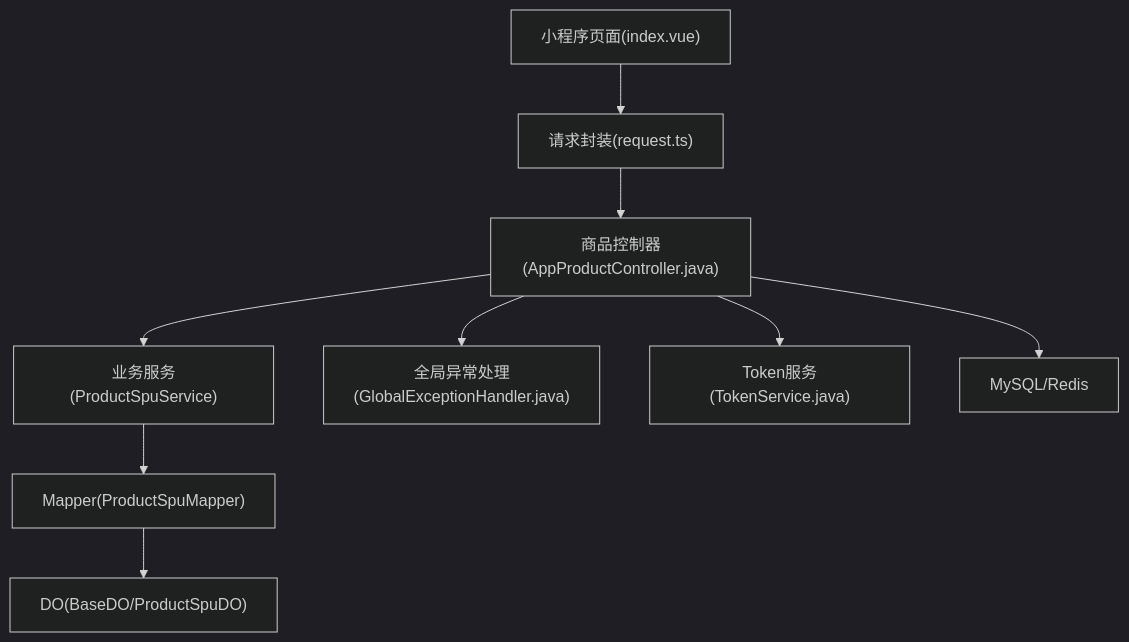
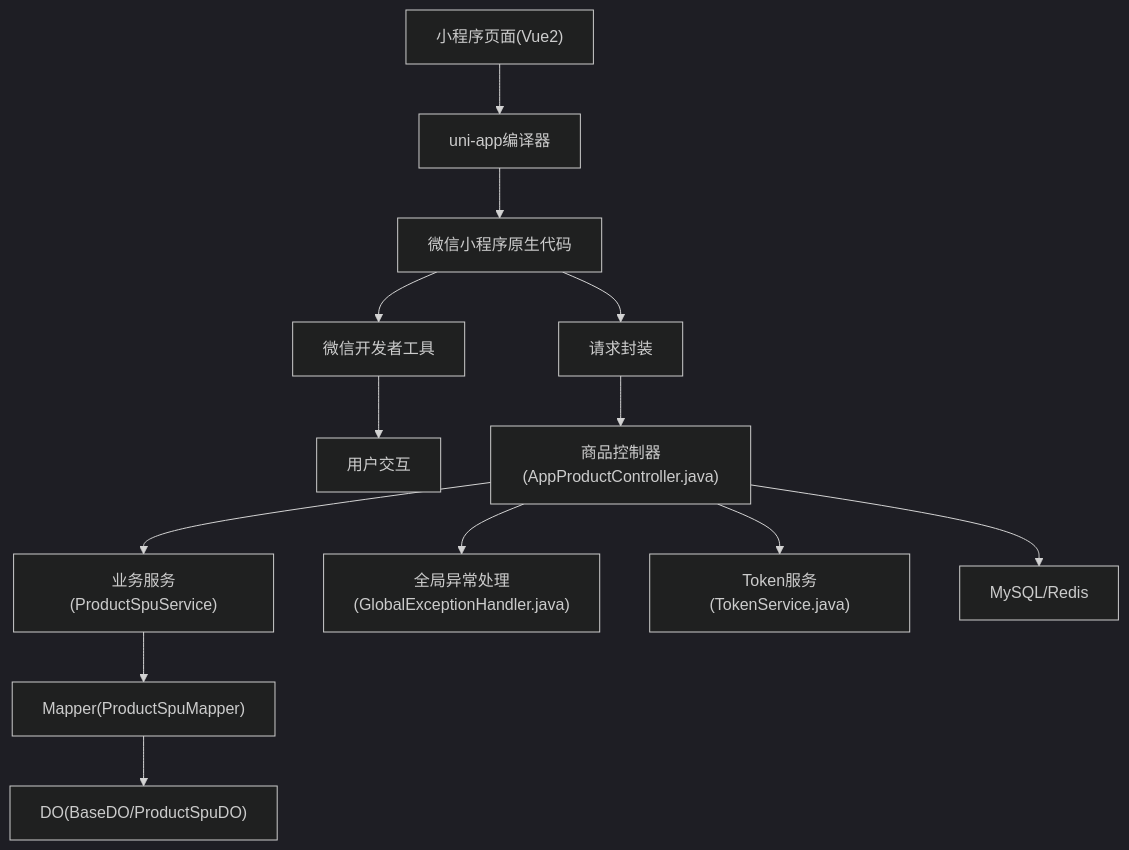
The second of 12 diagrams in .qoder/repowiki/zh/content/开发指南/开发指南.md (QtImM/wechatMiniprogram_Store), drawn with Mermaid (dark theme) before and after one commit. The commit also changed other lines of this file and 109 other files, not shown here.

````diff
--- a/.qoder/repowiki/zh/content/开发指南/开发指南.md
+++ b/.qoder/repowiki/zh/content/开发指南/开发指南.md
@@ -107,11 +110,15 @@
 ```mermaid
 graph TB
-UI["小程序页面(index.vue)"] --> REQ["请求封装(request.ts)"]
+UI["小程序页面(Vue2)"] --> UNI["uni-app编译器"]
+UNI --> WXCODE["微信小程序原生代码"]
+WXCODE --> WXDEV["微信开发者工具"]
+WXDEV --> USER["用户交互"]
+WXCODE --> REQ["请求封装"]
 REQ --> CTRL["商品控制器(AppProductController.java)"]
 CTRL --> SVC["业务服务(ProductSpuService)"]
 SVC --> MAPPER["Mapper(ProductSpuMapper)"]
 MAPPER --> DO["DO(BaseDO/ProductSpuDO)"]
 CTRL --> EX["全局异常处理(GlobalExceptionHandler.java)"]
 CTRL --> SEC["Token服务(TokenService.java)"]
 CTRL --> DB["MySQL/Redis"]
 ```
````
